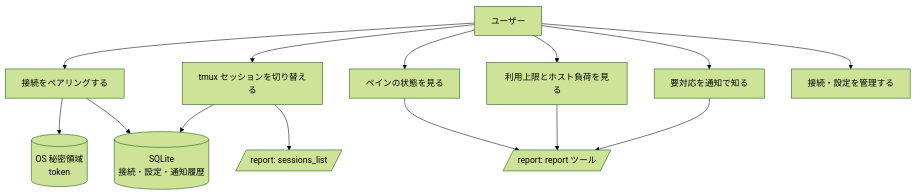
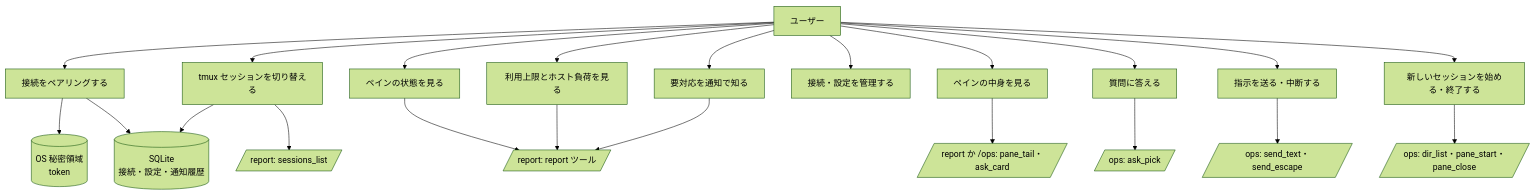
Before and after one commit to ousiassllc/swarm-viewer: the first of 3 diagrams in docs/requirements/functional.md, drawn with Mermaid (forest theme). The commit also changed other lines of this file and 11 other files, not shown here.

````diff
--- a/docs/requirements/functional.md
+++ b/docs/requirements/functional.md
@@ -9,17 +9,25 @@
 ```mermaid
 graph TD
     User[ユーザー]
     User --> UC1[接続をペアリングする]
     User --> UC2[tmux セッションを切り替える]
     User --> UC3[ペインの状態を見る]
     User --> UC4[利用上限とホスト負荷を見る]
     User --> UC5[要対応を通知で知る]
     User --> UC6[接続・設定を管理する]
+    User --> UC7[ペインの中身を見る]
+    User --> UC8[質問に答える]
+    User --> UC9[指示を送る・中断する]
+    User --> UC10[新しいセッションを始める・終了する]
     UC1 --> Secret[(OS 秘密領域<br/>token)]
     UC1 --> DB[(SQLite<br/>接続・設定・通知履歴)]
     UC2 --> DB
     UC3 --> Report[/report: report ツール/]
     UC4 --> Report
     UC5 --> Report
     UC2 --> Sessions[/report: sessions_list/]
+    UC7 --> View[/report か /ops: pane_tail・ask_card/]
+    UC8 --> Pick[/ops: ask_pick/]
+    UC9 --> Send[/ops: send_text・send_escape/]
+    UC10 --> Start[/ops: dir_list・pane_start・pane_close/]
 ```
````
